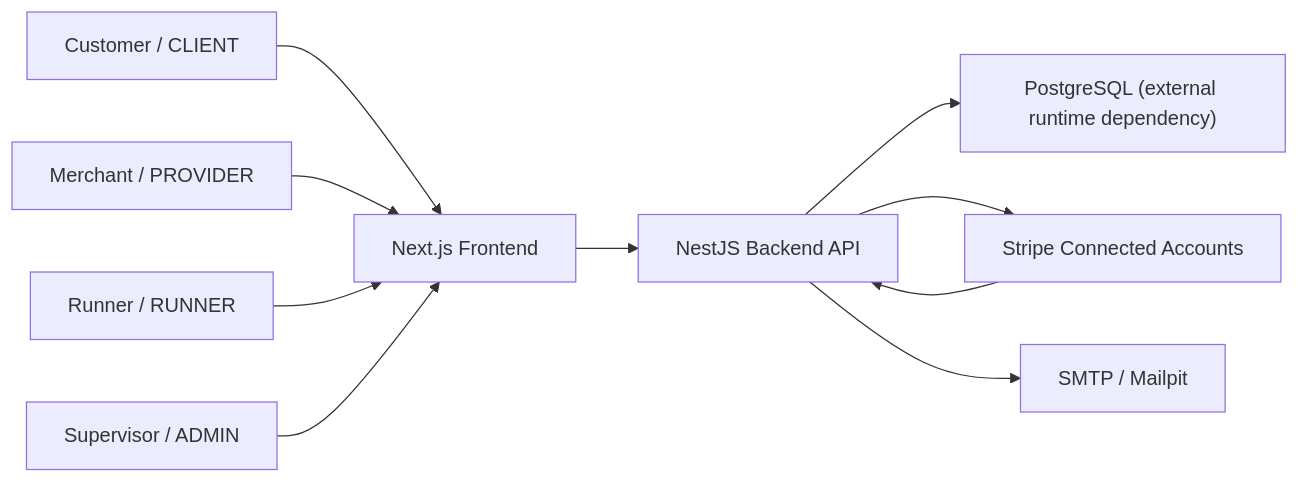
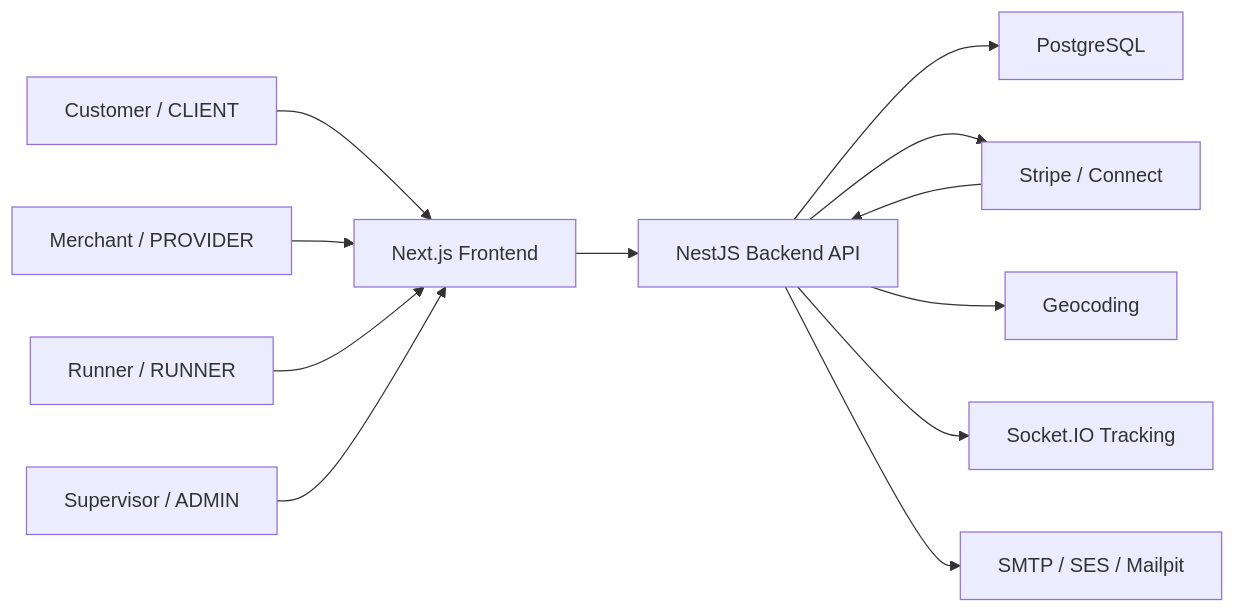
One commit to p1sci5k3y/Mecerka changed the diagram in docs/diagrams/system-context.md. Above: the diagram before and after it, drawn with Mermaid. The commit also changed 11 other files, not shown here.

Commit message:
docs: refresh architecture and flow documentation

````diff
--- a/docs/diagrams/system-context.md
+++ b/docs/diagrams/system-context.md
@@ -3,13 +3,15 @@
 ```mermaid
 flowchart LR
     user["Customer / CLIENT"] --> frontend["Next.js Frontend"]
     provider["Merchant / PROVIDER"] --> frontend
     runner["Runner / RUNNER"] --> frontend
     admin["Supervisor / ADMIN"] --> frontend
 
     frontend --> backend["NestJS Backend API"]
-    backend --> db["PostgreSQL (external runtime dependency)"]
-    backend --> stripe["Stripe Connected Accounts"]
-    backend --> mail["SMTP / Mailpit"]
+    backend --> db["PostgreSQL"]
+    backend --> stripe["Stripe / Connect"]
+    backend --> geo["Geocoding"]
+    backend --> ws["Socket.IO Tracking"]
+    backend --> mail["SMTP / SES / Mailpit"]
     stripe --> backend
 ```
````
